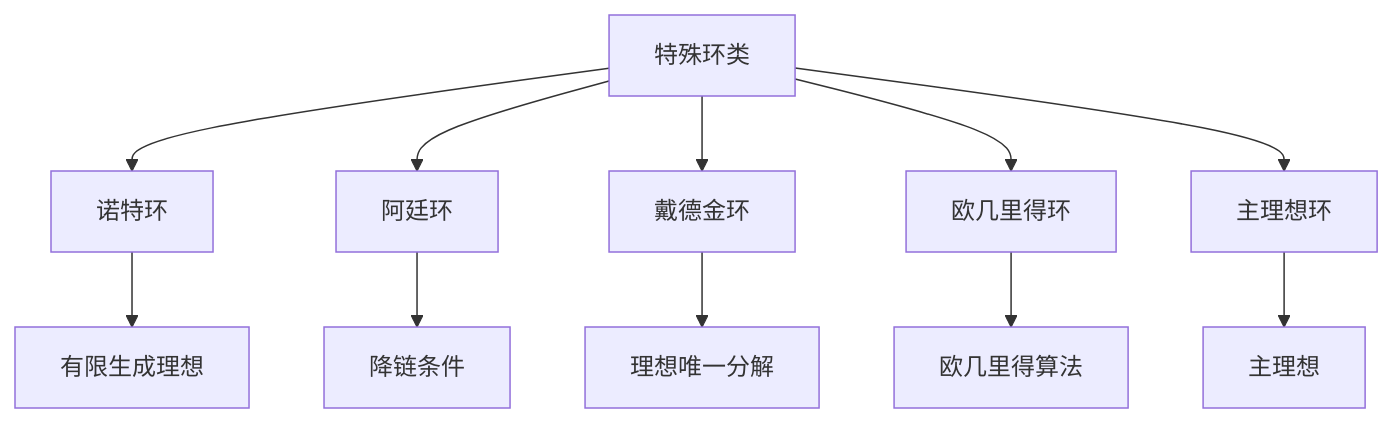
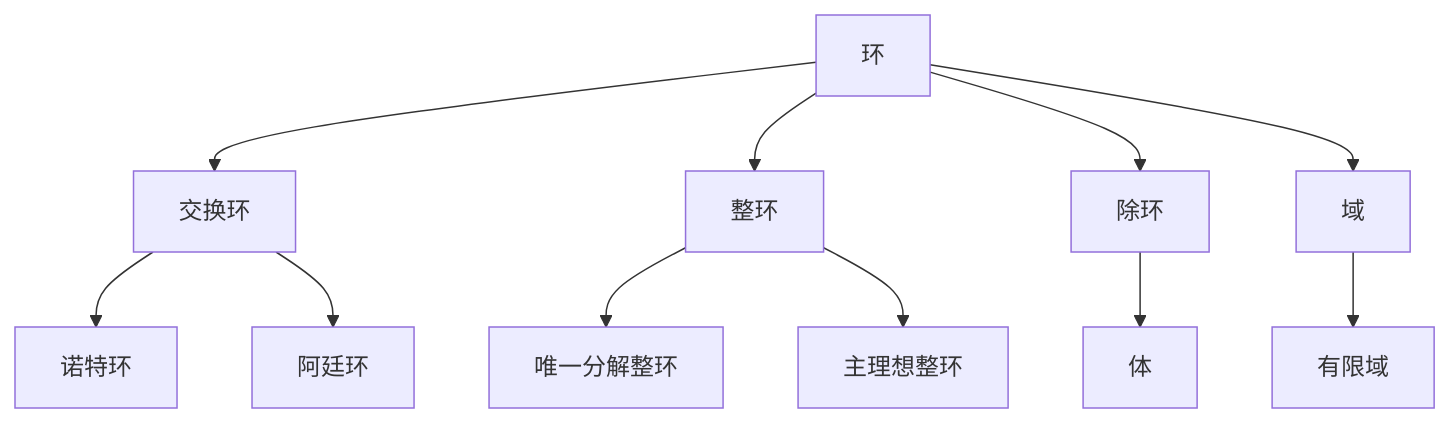
Before and after one commit to AdaMartin18010/FormalMath: the second of 3 diagrams in docs/02-代数结构/02-环论-增强版.md, drawn with Mermaid. The commit also changed other lines of this file and 17 other files, not shown here.

````diff
--- a/docs/02-代数结构/02-环论-增强版.md
+++ b/docs/02-代数结构/02-环论-增强版.md
@@ -473,14 +123,16 @@
 ```mermaid
 graph TD
-    A[特殊环类] --> B[诺特环]
-    A --> C[阿廷环]
-    A --> D[戴德金环]
-    A --> E[欧几里得环]
-    A --> F[主理想环]
-
-    B --> G[有限生成理想]
-    C --> H[降链条件]
-    D --> I[理想唯一分解]
-    E --> J[欧几里得算法]
-    F --> K[主理想]
+    A[环] --> B[交换环]
+    A --> C[整环]
+    A --> D[除环]
+    A --> E[域]
+    
+    B --> F[诺特环]
+    B --> G[阿廷环]
+    
+    C --> H[唯一分解整环]
+    C --> I[主理想整环]
+    
+    D --> J[体]
+    E --> K[有限域]
 ```
````
